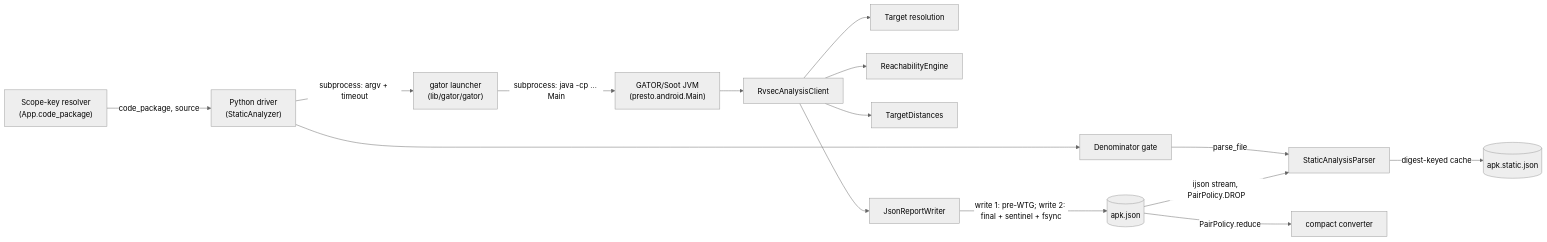
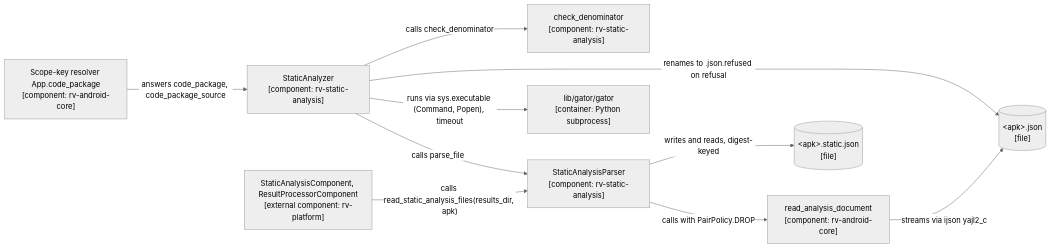
Before and after one commit to PAMunb/rvsec: the fifth of 6 diagrams in rv-android/docs/architecture/static-analysis.md, drawn with Mermaid. The commit also changed other lines of this file and 7 other files, not shown here.

````diff
--- a/rv-android/docs/architecture/static-analysis.md
+++ b/rv-android/docs/architecture/static-analysis.md
@@ -339,33 +428,25 @@
 ```mermaid
 %%{init: {'theme': 'neutral'}}%%
 flowchart LR
-  keyres["Scope-key resolver<br/>(App.code_package)"]
-  driver["Python driver<br/>(StaticAnalyzer)"]
-  launcher["gator launcher<br/>(lib/gator/gator)"]
-  jvm["GATOR/Soot JVM<br/>(presto.android.Main)"]
-  client["RvsecAnalysisClient"]
-  targets["Target resolution"]
-  reach["ReachabilityEngine"]
-  dist["TargetDistances"]
-  writer["JsonReportWriter"]
-  json[("apk.json")]
-  gate["Denominator gate"]
-  parser["StaticAnalysisParser"]
-  copy[("apk.static.json")]
-  conv["compact converter"]
+  %% Source: modules/rv-android-core/src/rv_android_core/domain/app.py, modules/rv-static-analysis/src/rv_static_analysis/analysis/static/static_analysis.py, modules/rv-static-analysis/src/rv_static_analysis/analysis/static/denominator_gate.py, modules/rv-static-analysis/src/rv_static_analysis/parser/static/static_analysis_parser.py, modules/rv-android-core/src/rv_android_core/util/analysis_document.py, modules/rv-platform/src/rv_platform/components/static_analysis.py, modules/rv-platform/src/rv_platform/components/result_processor.py
+  %% Omitted: RVStaticAnalysisConfig (builds the argv the driver runs; described with rv-static-analysis in the Module view element catalog prose); the compact converter (its own process in Diagram 3)
+  keyres["Scope-key resolver App.code_package<br/>[component: rv-android-core]"]
+  driver["StaticAnalyzer<br/>[component: rv-static-analysis]"]
+  gate["check_denominator<br/>[component: rv-static-analysis]"]
+  parser["StaticAnalysisParser<br/>[component: rv-static-analysis]"]
+  reader["read_analysis_document<br/>[component: rv-android-core]"]
+  platform["StaticAnalysisComponent, ResultProcessorComponent<br/>[external component: rv-platform]"]
+  launcher["lib/gator/gator<br/>[container: Python subprocess]"]
+  json[("&lt;apk&gt;.json<br/>[file]")]
+  copy[("&lt;apk&gt;.static.json<br/>[file]")]
 
-  keyres -->|code_package, source| driver
-  driver -->|subprocess: argv + timeout| launcher
-  launcher -->|subprocess: java -cp ... Main| jvm
-  jvm --> client
-  client --> targets
-  client --> reach
-  client --> dist
-  client --> writer
-  writer -->|write 1: pre-WTG; write 2: final + sentinel + fsync| json
-  driver --> gate
-  gate -->|parse_file| parser
-  json -->|ijson stream, PairPolicy.DROP| parser
-  parser -->|digest-keyed cache| copy
-  json -->|PairPolicy.reduce| conv
+  keyres -->|"answers code_package, code_package_source"| driver
+  driver -->|"runs via sys.executable (Command, Popen), timeout"| launcher
+  driver -->|"calls parse_file"| parser
+  driver -->|"calls check_denominator"| gate
+  driver -->|"renames to .json.refused on refusal"| json
+  platform -->|"calls read_static_analysis_files(results_dir, apk)"| parser
+  parser -->|"calls with PairPolicy.DROP"| reader
+  reader -->|"streams via ijson yajl2_c"| json
+  parser -->|"writes and reads, digest-keyed"| copy
 ```
````
